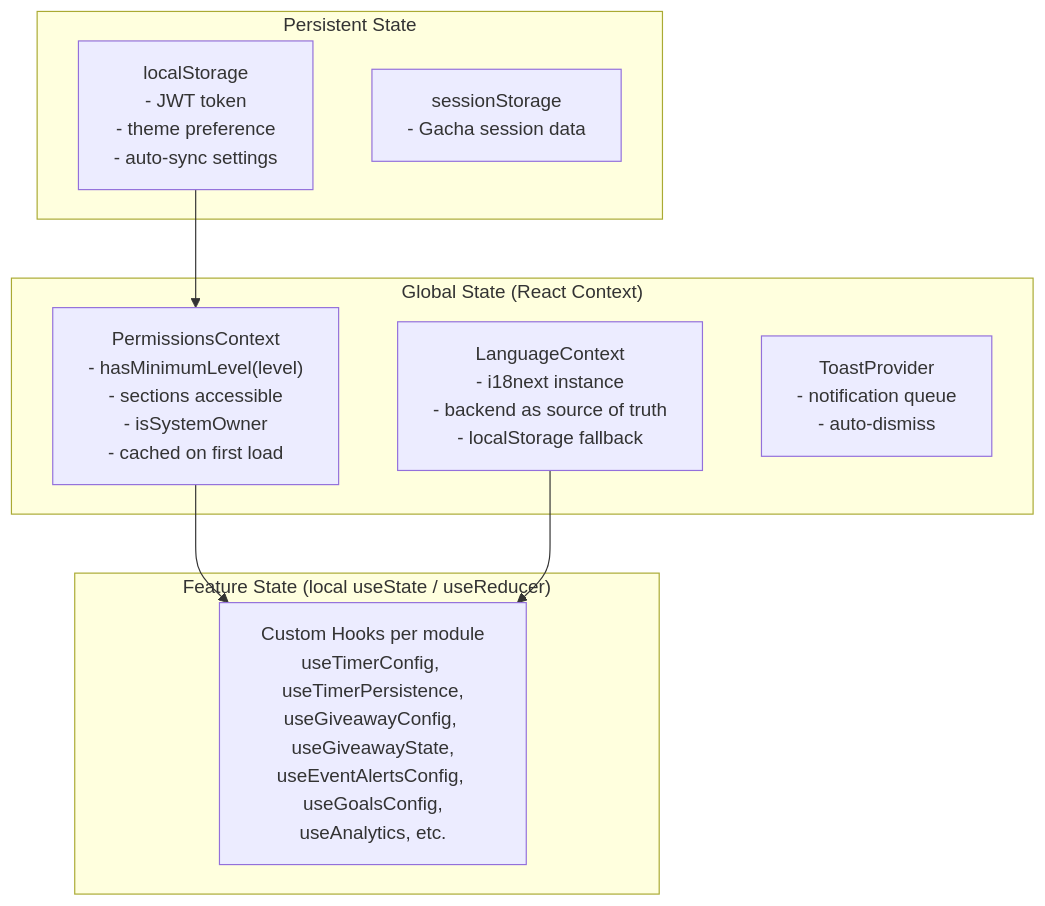
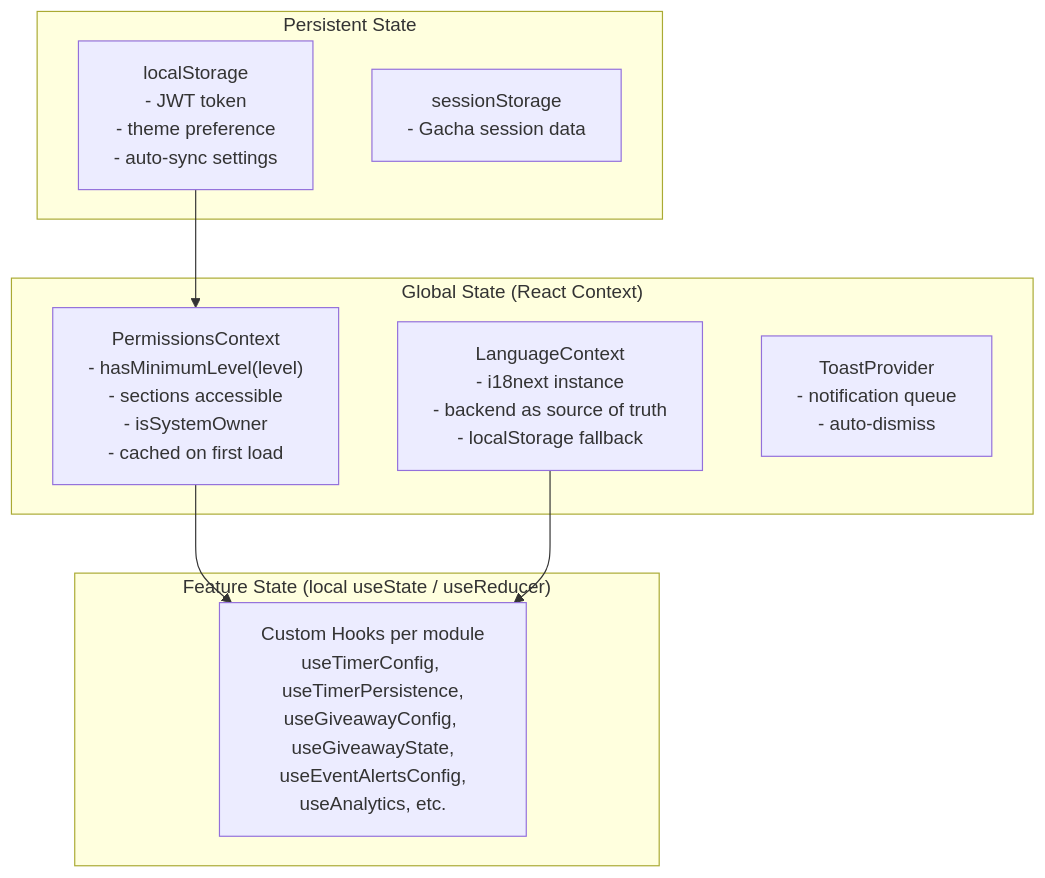
One commit to decatrondev/decatron changed the fifth of 12 diagrams in docs/ARCHITECTURE.md. Above: the diagram before and after it, drawn with Mermaid. The commit also changed other lines of this file and 14 other files, not shown here.

````diff
--- a/docs/ARCHITECTURE.md
+++ b/docs/ARCHITECTURE.md
@@ -352,21 +295,21 @@
 ```mermaid
 graph TD
     subgraph "Global State (React Context)"
         PermCtx["PermissionsContext<br/>- hasMinimumLevel(level)<br/>- sections accessible<br/>- isSystemOwner<br/>- cached on first load"]
         LangCtx["LanguageContext<br/>- i18next instance<br/>- backend as source of truth<br/>- localStorage fallback"]
         ToastCtx["ToastProvider<br/>- notification queue<br/>- auto-dismiss"]
     end
 
     subgraph "Persistent State"
         LS["localStorage<br/>- JWT token<br/>- theme preference<br/>- auto-sync settings"]
         SS["sessionStorage<br/>- Gacha session data"]
     end
 
     subgraph "Feature State (local useState / useReducer)"
-        Hooks["Custom Hooks per module<br/>useTimerConfig, useTimerPersistence,<br/>useGiveawayConfig, useGiveawayState,<br/>useEventAlertsConfig, useGoalsConfig,<br/>useAnalytics, etc."]
+        Hooks["Custom Hooks per module<br/>useTimerConfig, useTimerPersistence,<br/>useGiveawayConfig, useGiveawayState,<br/>useEventAlertsConfig,<br/>useAnalytics, etc."]
     end
 
     PermCtx --> Hooks
     LangCtx --> Hooks
     LS --> PermCtx
 ```
````
